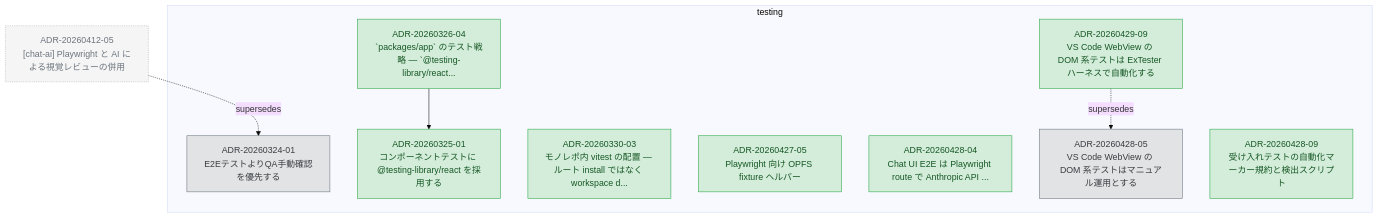
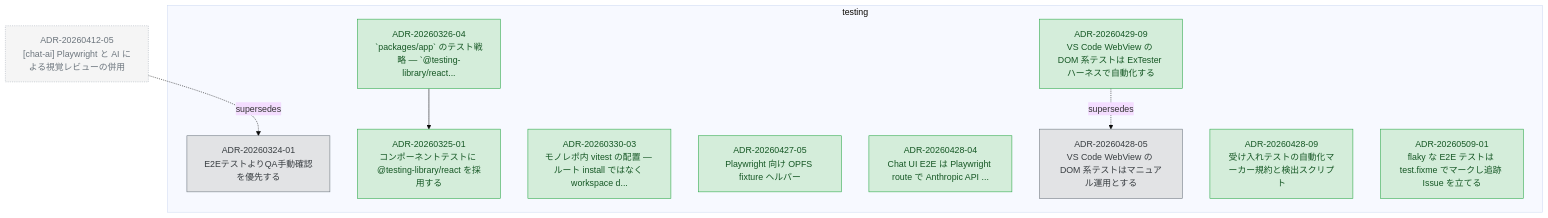
Before and after one commit to kompiro/karasu: the diagram in docs/adr/graph/testing.md, drawn with Mermaid (base theme). The commit also changed other lines of this file and 4 other files, not shown here.

First line of the commit message:
docs(adr): policy for flaky E2E tests — test.fixme + tracking Issue (ADR-20260509-01)

````diff
--- a/docs/adr/graph/testing.md
+++ b/docs/adr/graph/testing.md
@@ -6,35 +6,37 @@
 ```mermaid
 flowchart TD
   subgraph testing["testing"]
     ADR_20260324_01["ADR-20260324-01<br/>E2EテストよりQA手動確認を優先する"]
     ADR_20260325_01["ADR-20260325-01<br/>コンポーネントテストに @testing-library/react を採用する"]
     ADR_20260326_04["ADR-20260326-04<br/>`packages/app` のテスト戦略 — `@testing-library/react..."]
     ADR_20260330_03["ADR-20260330-03<br/>モノレポ内 vitest の配置 — ルート install ではなく workspace d..."]
     ADR_20260427_05["ADR-20260427-05<br/>Playwright 向け OPFS fixture ヘルパー"]
     ADR_20260428_04["ADR-20260428-04<br/>Chat UI E2E は Playwright route で Anthropic API ..."]
     ADR_20260428_05["ADR-20260428-05<br/>VS Code WebView の DOM 系テストはマニュアル運用とする"]
     ADR_20260428_09["ADR-20260428-09<br/>受け入れテストの自動化マーカー規約と検出スクリプト"]
     ADR_20260429_09["ADR-20260429-09<br/>VS Code WebView の DOM 系テストは ExTester ハーネスで自動化する"]
+    ADR_20260509_01["ADR-20260509-01<br/>flaky な E2E テストは test.fixme でマークし追跡 Issue を立てる"]
   end
   ADR_20260412_05["ADR-20260412-05<br/>[chat-ai] Playwright と AI による視覚レビューの併用"]
   ADR_20260326_04 --> ADR_20260325_01
   ADR_20260429_09 -.supersedes.-> ADR_20260428_05
   ADR_20260412_05 -.supersedes.-> ADR_20260324_01
 
   classDef accepted fill:#d4edda,stroke:#28a745,color:#155724
   classDef proposed fill:#fff3cd,stroke:#ffc107,color:#856404
   classDef deprecated fill:#f8d7da,stroke:#dc3545,color:#721c24
   classDef superseded fill:#e2e3e5,stroke:#6c757d,color:#383d41
   classDef not_adopted fill:#e2e3e5,stroke:#6c757d,color:#383d41,stroke-dasharray:3 3
   classDef ghost fill:#f5f5f5,stroke:#adb5bd,color:#6c757d,stroke-dasharray:2 2
   class ADR_20260324_01 superseded
   class ADR_20260325_01 accepted
   class ADR_20260326_04 accepted
   class ADR_20260330_03 accepted
   class ADR_20260427_05 accepted
   class ADR_20260428_04 accepted
   class ADR_20260428_05 superseded
   class ADR_20260428_09 accepted
   class ADR_20260429_09 accepted
+  class ADR_20260509_01 accepted
   class ADR_20260412_05 ghost
 ```
````
